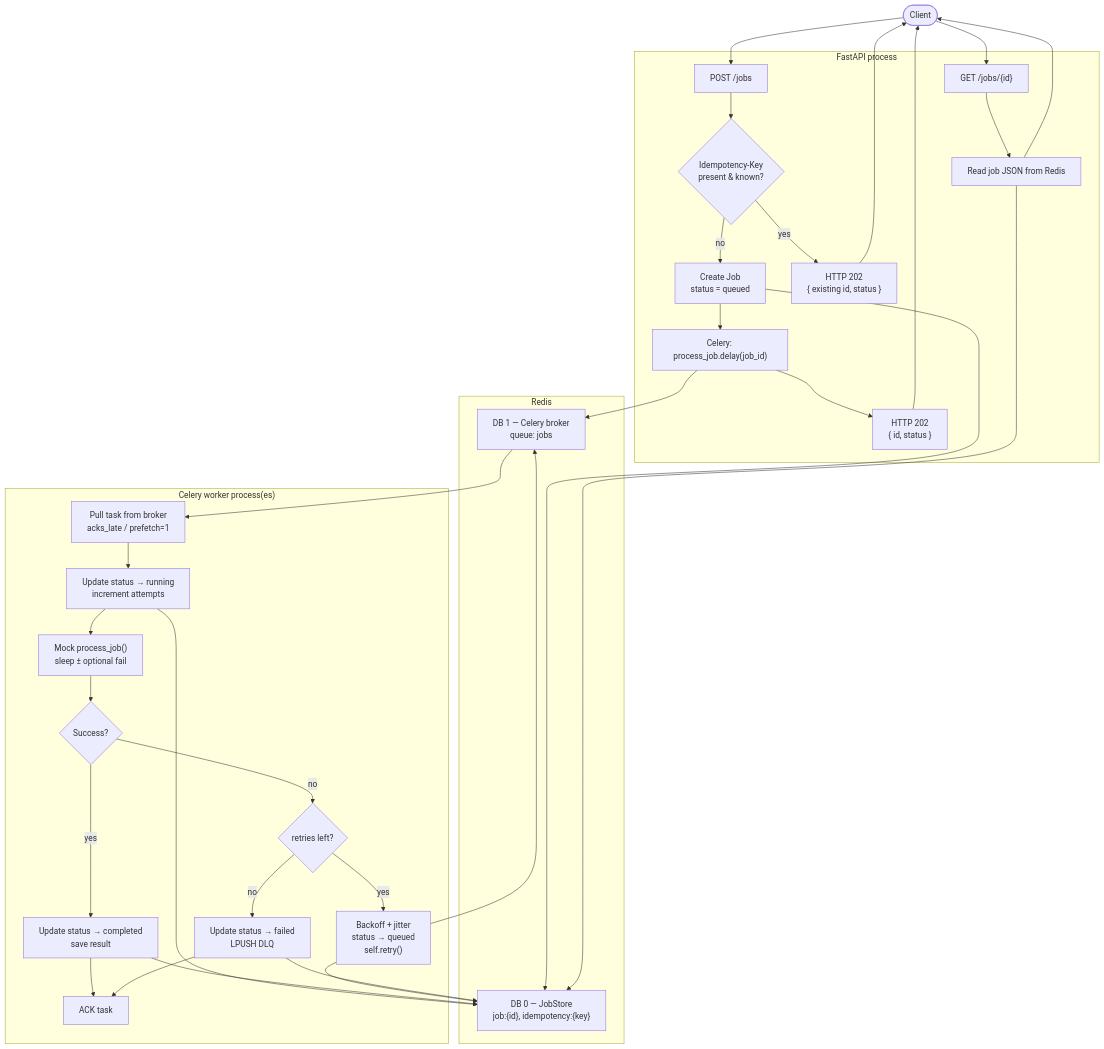
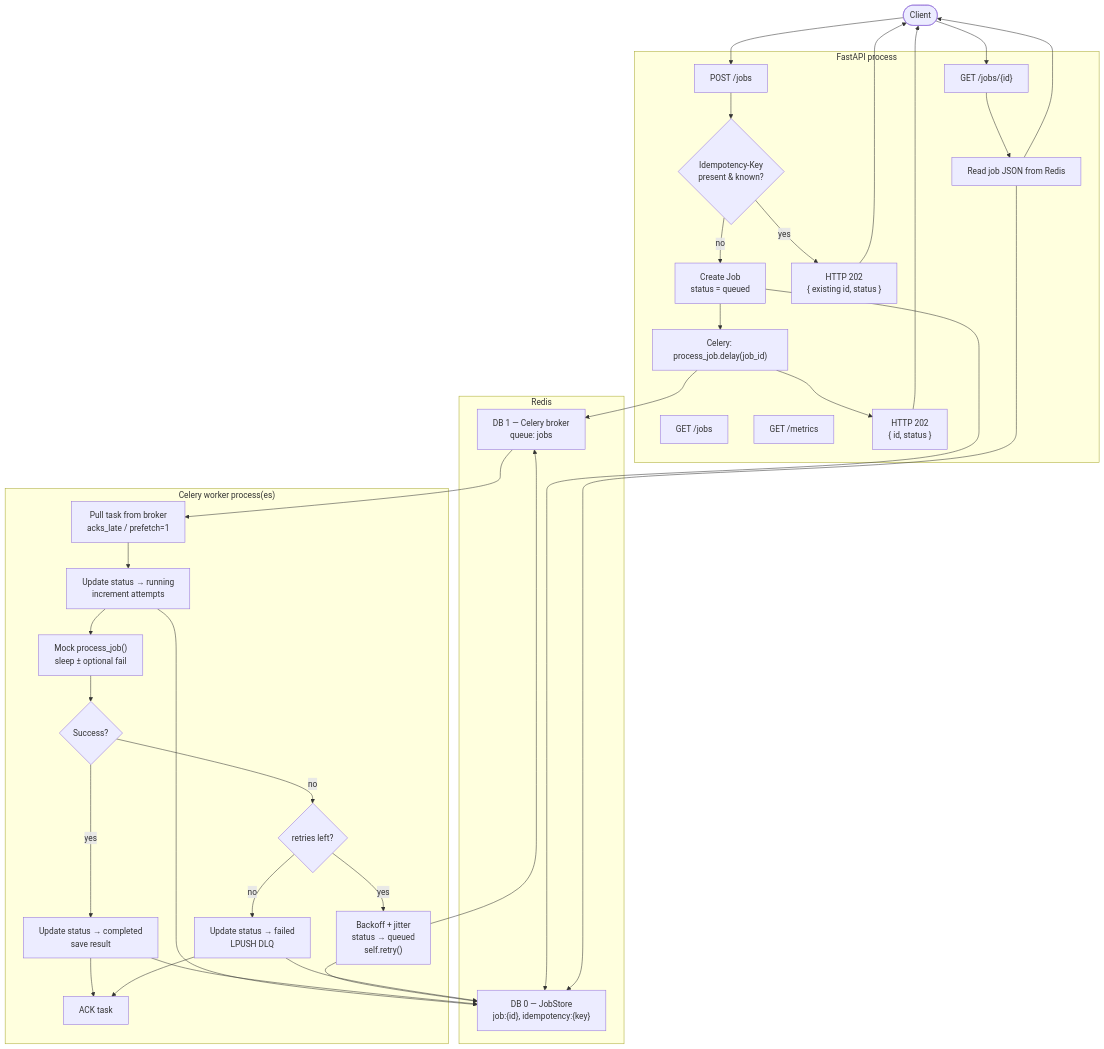
One commit to Preyt13/Async-Job-Processing changed the first of 2 diagrams in README.md. Above: the diagram before and after it, drawn with Mermaid. The commit also changed other lines of this file and 5 other files, not shown here.

````diff
--- a/README.md
+++ b/README.md
@@ -163,64 +175,66 @@
 ```mermaid
 flowchart TD
     Client(["Client"])
 
     subgraph API["FastAPI process"]
         POST["POST /jobs"]
+        LIST["GET /jobs"]
+        METRICS["GET /metrics"]
         GET["GET /jobs/{id}"]
         Idem{"Idempotency-Key\npresent & known?"}
         Create["Create Job\nstatus = queued"]
         Enqueue["Celery: process_job.delay(job_id)"]
         Respond202["HTTP 202\n{ id, status }"]
         RespondExisting["HTTP 202\n{ existing id, status }"]
         Lookup["Read job JSON from Redis"]
     end
 
     subgraph Redis["Redis"]
         DB0["DB 0 — JobStore\njob:{id}, idempotency:{key}"]
         DB1["DB 1 — Celery broker\nqueue: jobs"]
     end
 
     subgraph Workers["Celery worker process(es)"]
         Pull["Pull task from broker\nacks_late / prefetch=1"]
         Running["Update status → running\nincrement attempts"]
         Work["Mock process_job()\nsleep ± optional fail"]
         OK{"Success?"}
         Done["Update status → completed\nsave result"]
         Retry{"retries left?"}
         Backoff["Backoff + jitter\nstatus → queued\nself.retry()"]
         Fail["Update status → failed\nLPUSH DLQ"]
         Ack["ACK task"]
     end
 
     Client --> POST
     POST --> Idem
     Idem -->|yes| RespondExisting
     Idem -->|no| Create
     Create --> DB0
     Create --> Enqueue
     Enqueue --> DB1
     Enqueue --> Respond202
     Respond202 --> Client
     RespondExisting --> Client
 
     DB1 --> Pull
     Pull --> Running
     Running --> DB0
     Running --> Work
     Work --> OK
     OK -->|yes| Done
     Done --> DB0
     Done --> Ack
     OK -->|no| Retry
     Retry -->|yes| Backoff
     Backoff --> DB0
     Backoff --> DB1
     Retry -->|no| Fail
     Fail --> DB0
     Fail --> Ack
 
     Client --> GET
     GET --> Lookup
     Lookup --> DB0
     Lookup --> Client
 ```
````
